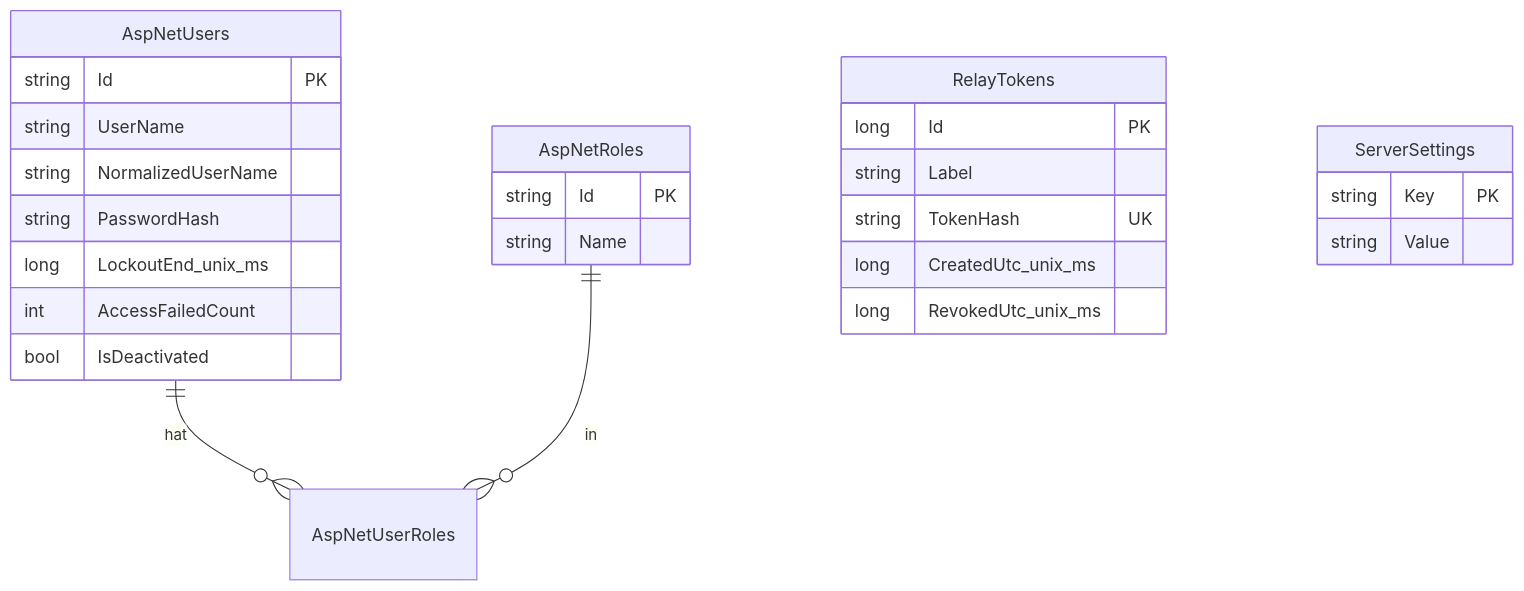
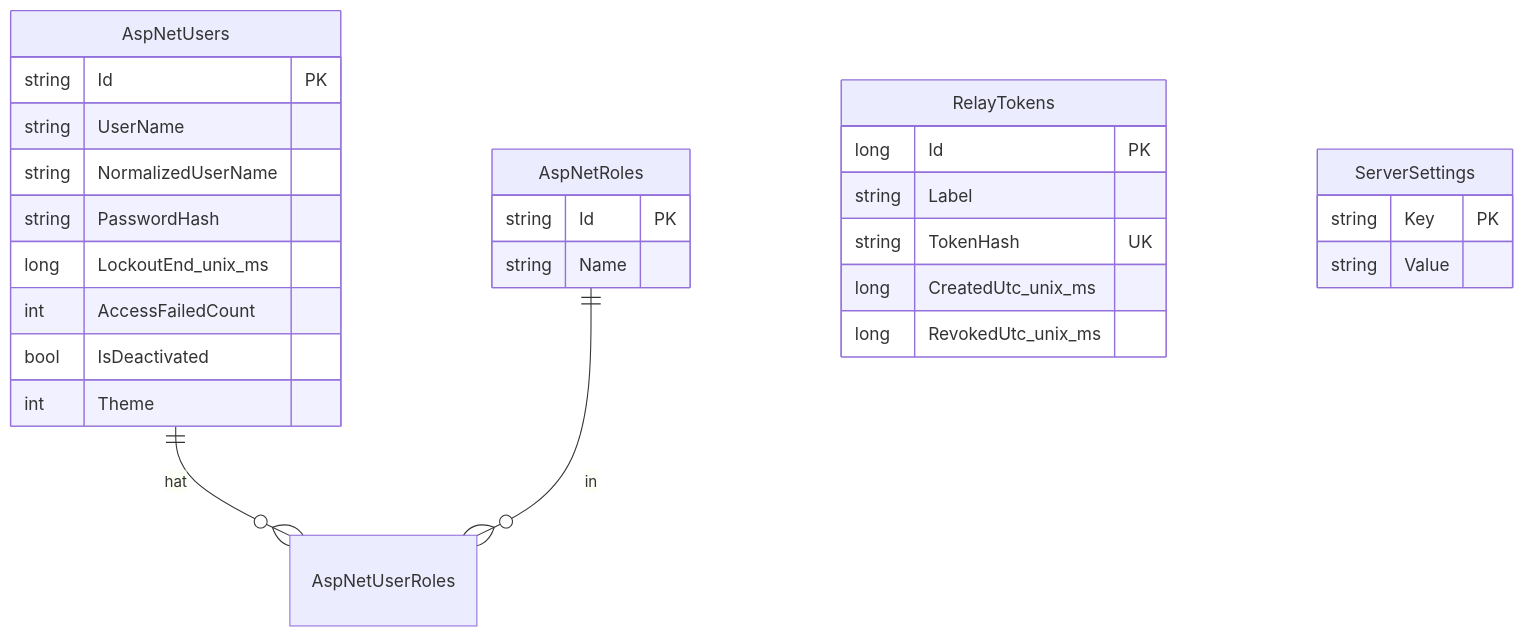
Before and after one commit to martin-stromberg/Softwareschmiede: the diagram in docs/help/status-webseite/datenmodell.md, drawn with Mermaid. The commit also changed other lines of this file and 42 other files, not shown here.

````diff
--- a/docs/help/status-webseite/datenmodell.md
+++ b/docs/help/status-webseite/datenmodell.md
@@ -68,29 +69,30 @@
 ```mermaid
 erDiagram
     AspNetUsers ||--o{ AspNetUserRoles : "hat"
     AspNetRoles ||--o{ AspNetUserRoles : "in"
     AspNetUsers {
         string Id PK
         string UserName
         string NormalizedUserName
         string PasswordHash
         long LockoutEnd_unix_ms
         int AccessFailedCount
         bool IsDeactivated
+        int Theme
     }
     AspNetRoles {
         string Id PK
         string Name
     }
     RelayTokens {
         long Id PK
         string Label
         string TokenHash UK
         long CreatedUtc_unix_ms
         long RevokedUtc_unix_ms
     }
     ServerSettings {
         string Key PK
         string Value
     }
 ```
````
